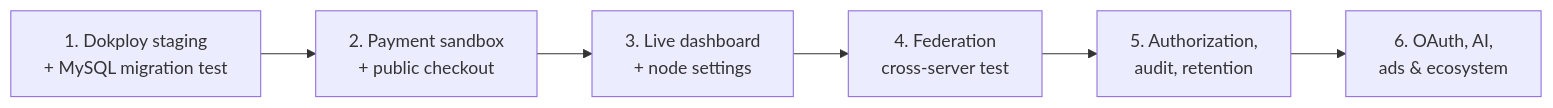
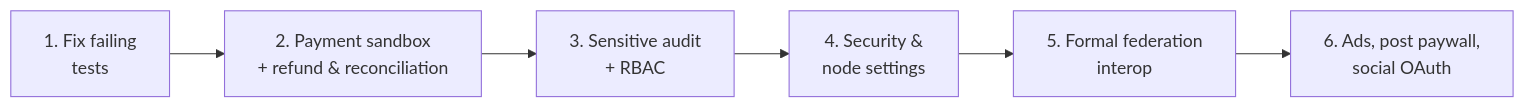
One commit to kukuhtw/fpdp changed the second of 2 diagrams in documentation/PROGRESS-REPORT.en.md. Above: the diagram before and after it, drawn with Mermaid. The commit also changed other lines of this file and 9 other files, not shown here.

First line of the commit message:
Update progress report and roadmap documentation to reflect changes in payment and marketplace phases

````diff
--- a/documentation/PROGRESS-REPORT.en.md
+++ b/documentation/PROGRESS-REPORT.en.md
@@ -184,8 +206,8 @@
 ```mermaid
 flowchart LR
-    A["1. Dokploy staging<br/>+ MySQL migration test"] --> B["2. Payment sandbox<br/>+ public checkout"]
-    B --> C["3. Live dashboard<br/>+ node settings"]
-    C --> D["4. Federation<br/>cross-server test"]
-    D --> E["5. Authorization,<br/>audit, retention"]
-    E --> F["6. OAuth, AI,<br/>ads & ecosystem"]
+    A["1. Fix failing<br/>tests"] --> B["2. Payment sandbox<br/>+ refund & reconciliation"]
+    B --> C["3. Sensitive audit<br/>+ RBAC"]
+    C --> D["4. Security &<br/>node settings"]
+    D --> E["5. Formal federation<br/>interop"]
+    E --> F["6. Ads, post paywall,<br/>social OAuth"]
 ```
````
